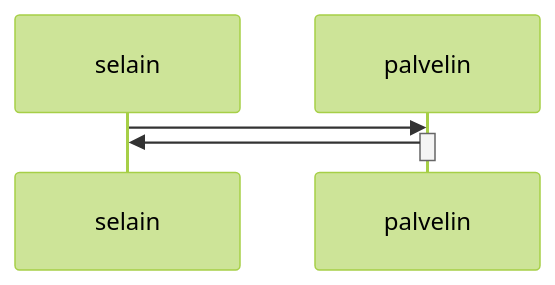
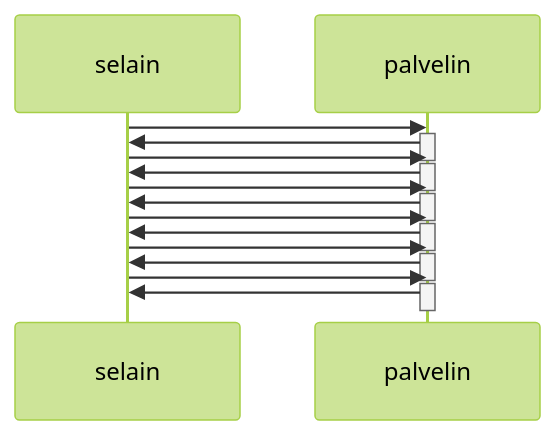
Before and after one commit to RoopeMakinen/Palautus-repositori: the diagram in osa0/tehtävät/0,6.md, drawn with Mermaid (forest theme).

````diff
--- a/osa0/tehtävät/0,6.md
+++ b/osa0/tehtävät/0,6.md
@@ -1,10 +1,35 @@
 ```mermaid
 sequenceDiagram
 participant selain 
 participant palvelin
   
   selain->>palvelin:
   activate palvelin
   palvelin->>selain:
   deactivate palvelin
+
+selain->>palvelin:
+  activate palvelin
+  palvelin->>selain:
+  deactivate palvelin
+
+selain->>palvelin:
+  activate palvelin
+  palvelin->>selain:
+  deactivate palvelin
+
+selain->>palvelin:
+  activate palvelin
+  palvelin->>selain:
+  deactivate palvelin
+
+selain->>palvelin:
+  activate palvelin
+  palvelin->>selain:
+  deactivate palvelin
+
+selain->>palvelin:
+  activate palvelin
+  palvelin->>selain:
+  deactivate palvelin
 ```
````
